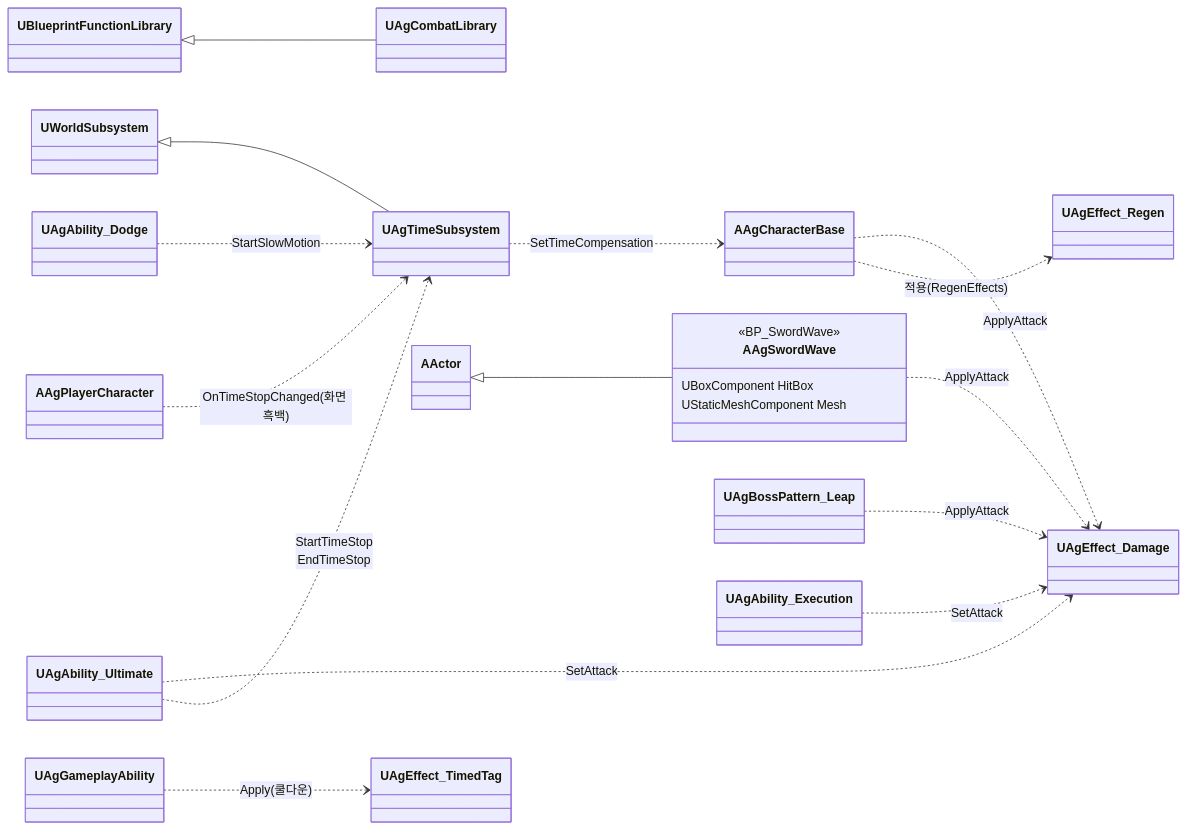
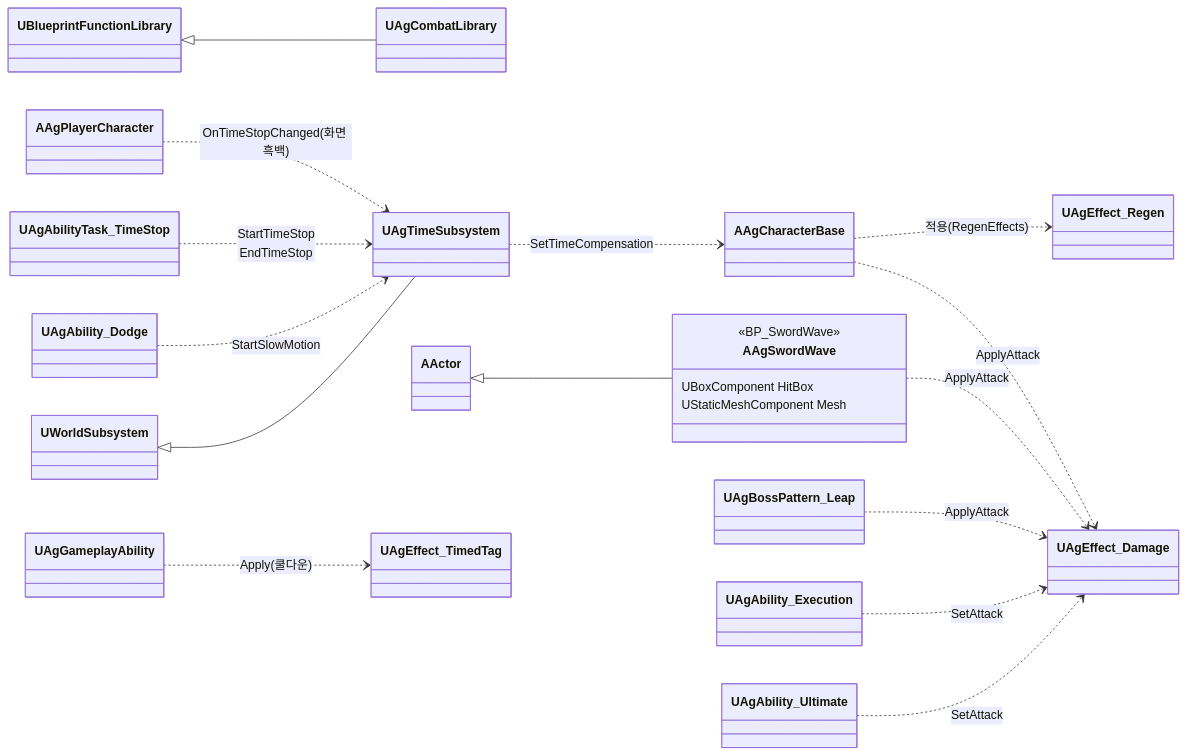
Before and after one commit to Woogl/Ag: the ninth of 21 diagrams in Docs/Program/클래스 구조도.md, drawn with Mermaid. The commit also changed other lines of this file and 11 other files, not shown here.

````diff
--- a/Docs/Program/클래스 구조도.md
+++ b/Docs/Program/클래스 구조도.md
@@ -369,24 +375,24 @@
 ```mermaid
 classDiagram
     direction LR
     class AAgSwordWave {
         <<BP_SwordWave>>
         UBoxComponent HitBox
         UStaticMeshComponent Mesh
     }
     UBlueprintFunctionLibrary <|-- UAgCombatLibrary
     UWorldSubsystem <|-- UAgTimeSubsystem
     AActor <|-- AAgSwordWave
 
     AAgCharacterBase ..> UAgEffect_Damage : ApplyAttack
     AAgSwordWave ..> UAgEffect_Damage : ApplyAttack
     UAgBossPattern_Leap ..> UAgEffect_Damage : ApplyAttack
     UAgAbility_Execution ..> UAgEffect_Damage : SetAttack
     UAgAbility_Ultimate ..> UAgEffect_Damage : SetAttack
     AAgCharacterBase ..> UAgEffect_Regen : 적용(RegenEffects)
     UAgGameplayAbility ..> UAgEffect_TimedTag : Apply(쿨다운)
     UAgAbility_Dodge ..> UAgTimeSubsystem : StartSlowMotion
-    UAgAbility_Ultimate ..> UAgTimeSubsystem : StartTimeStop<br>EndTimeStop
+    UAgAbilityTask_TimeStop ..> UAgTimeSubsystem : StartTimeStop<br>EndTimeStop
     UAgTimeSubsystem ..> AAgCharacterBase : SetTimeCompensation
     AAgPlayerCharacter ..> UAgTimeSubsystem : OnTimeStopChanged(화면 흑백)
 ```
````
